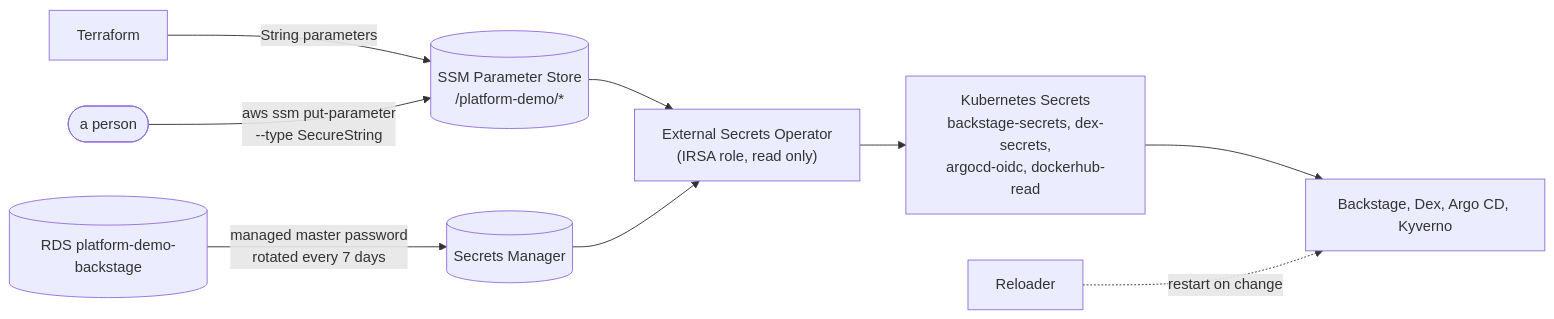
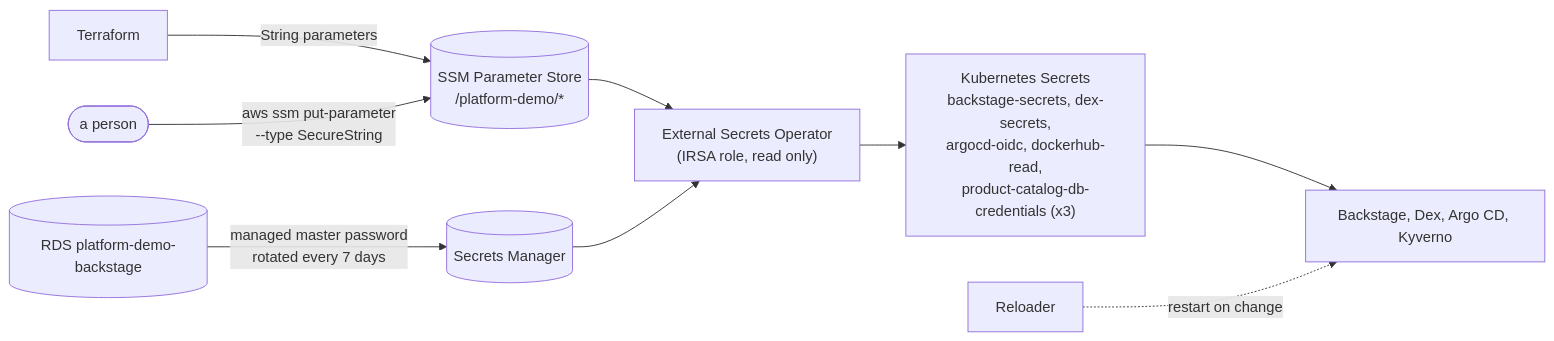
Before and after one commit to mladenovskistefan111/platform-demo-helm: the diagram in docs/secrets.md, drawn with Mermaid. The commit also changed other lines of this file and 90 other files, not shown here.

````diff
--- a/docs/secrets.md
+++ b/docs/secrets.md
@@ -5,11 +5,11 @@
 ```mermaid
 flowchart LR
   TF["Terraform"] -->|"String parameters"| SSM[("SSM Parameter Store<br/>/platform-demo/*")]
   ME(["a person"]) -->|"aws ssm put-parameter<br/>--type SecureString"| SSM
   RDS[("RDS platform-demo-backstage")] -->|"managed master password<br/>rotated every 7 days"| SM[("Secrets Manager")]
   SSM --> ESO["External Secrets Operator<br/>(IRSA role, read only)"]
   SM --> ESO
-  ESO --> K["Kubernetes Secrets<br/>backstage-secrets, dex-secrets,<br/>argocd-oidc, dockerhub-read"]
+  ESO --> K["Kubernetes Secrets<br/>backstage-secrets, dex-secrets,<br/>argocd-oidc, dockerhub-read,<br/>product-catalog-db-credentials (x3)"]
   K --> W["Backstage, Dex, Argo CD, Kyverno"]
   R["Reloader"] -.->|"restart on change"| W
 ```
````
